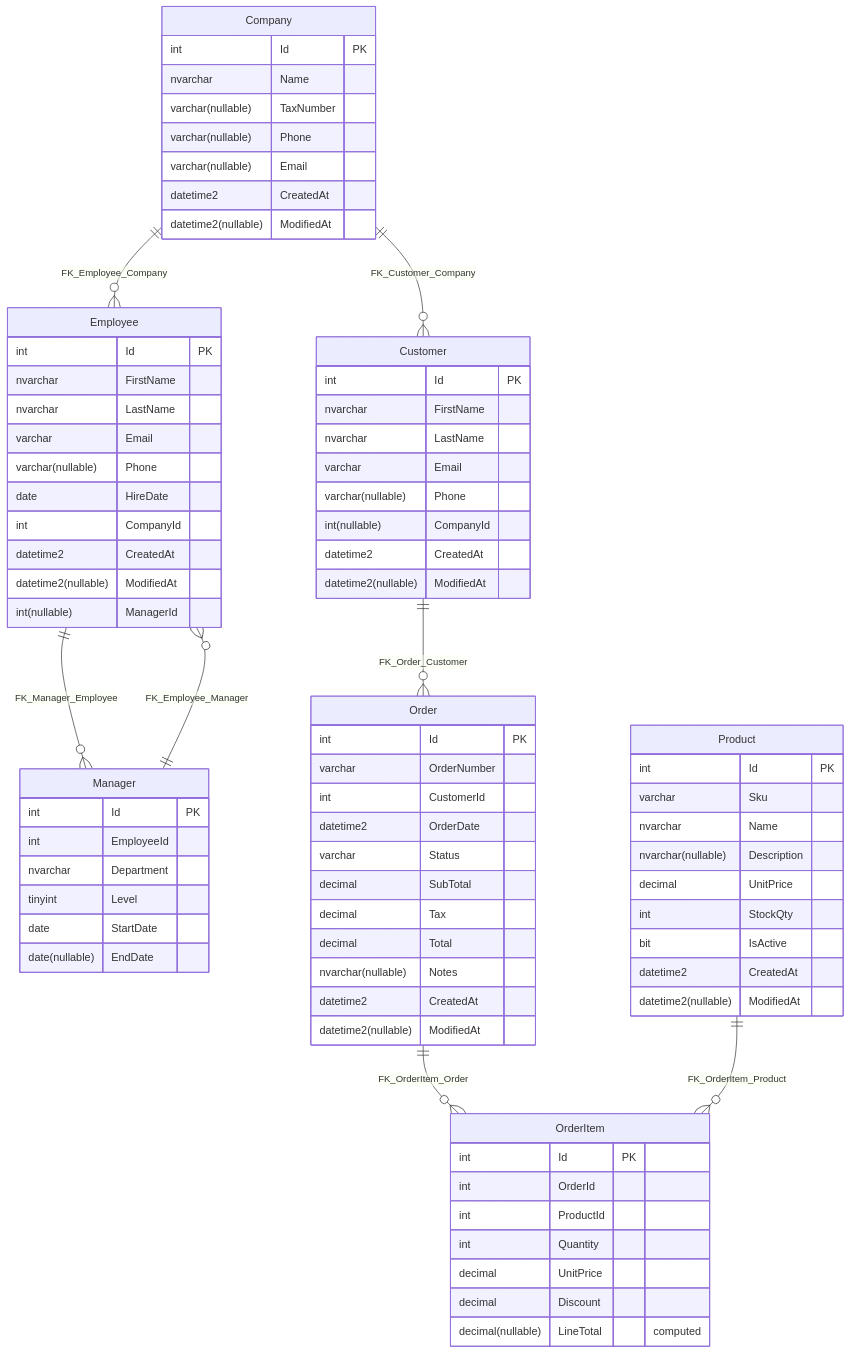
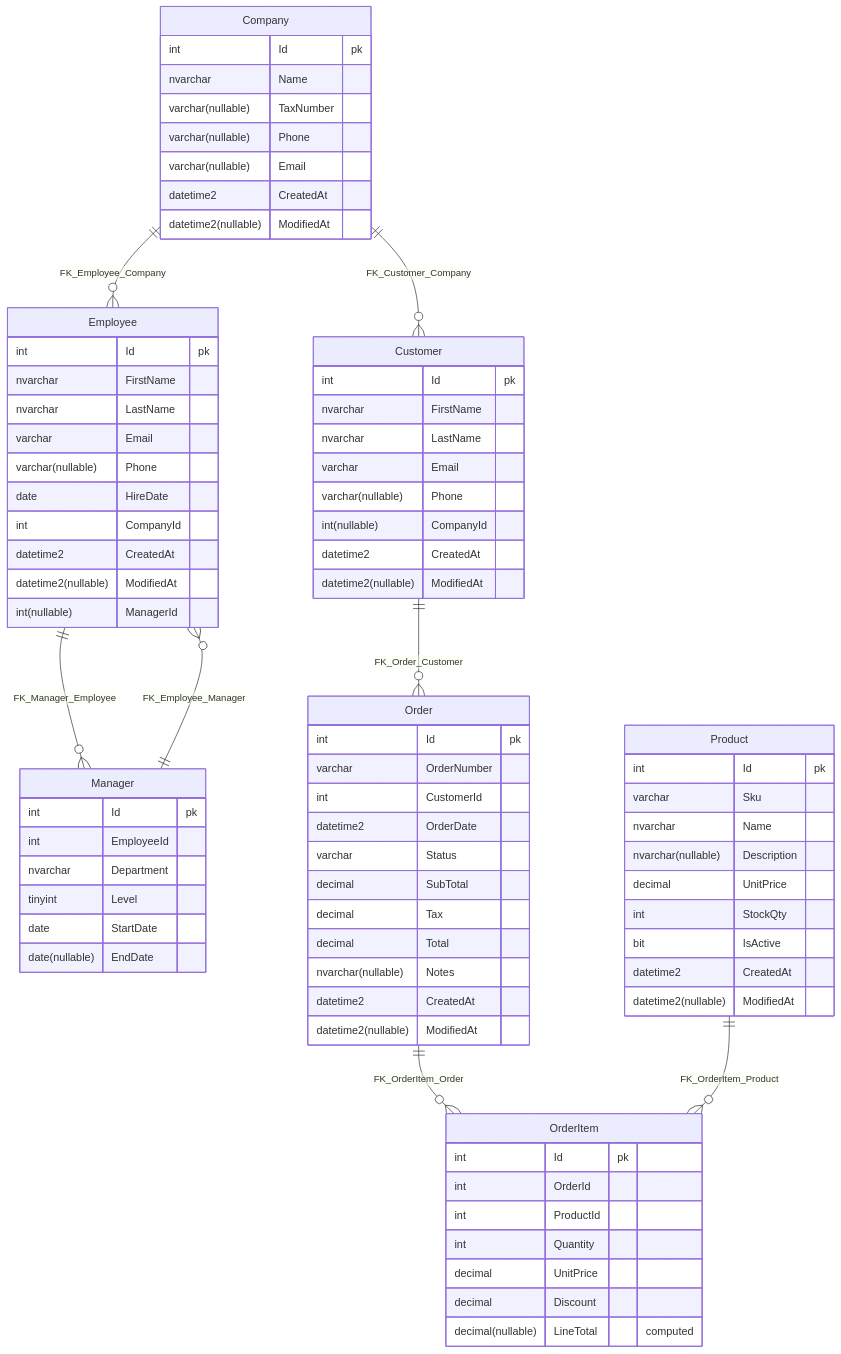
The diagram in src/SqlServerToMermaid.Tests/Tests.RenderMarkdown.verified.md (SimonCropp/DbToMermaid), drawn with Mermaid before and after one commit. The commit also changed 14 other files, not shown here.

````diff
--- a/src/SqlServerToMermaid.Tests/Tests.RenderMarkdown.verified.md
+++ b/src/SqlServerToMermaid.Tests/Tests.RenderMarkdown.verified.md
@@ -2,82 +2,82 @@
 ```mermaid
 erDiagram
   Company {
-    int Id PK
+    int Id pk
     nvarchar Name
     varchar(nullable) TaxNumber
     varchar(nullable) Phone
     varchar(nullable) Email
     datetime2 CreatedAt
     datetime2(nullable) ModifiedAt
   }
   Customer {
-    int Id PK
+    int Id pk
     nvarchar FirstName
     nvarchar LastName
     varchar Email
     varchar(nullable) Phone
     int(nullable) CompanyId
     datetime2 CreatedAt
     datetime2(nullable) ModifiedAt
   }
   Employee {
-    int Id PK
+    int Id pk
     nvarchar FirstName
     nvarchar LastName
     varchar Email
     varchar(nullable) Phone
     date HireDate
     int CompanyId
     datetime2 CreatedAt
     datetime2(nullable) ModifiedAt
     int(nullable) ManagerId
   }
   Manager {
-    int Id PK
+    int Id pk
     int EmployeeId
     nvarchar Department
     tinyint Level
     date StartDate
     date(nullable) EndDate
   }
   Order {
-    int Id PK
+    int Id pk
     varchar OrderNumber
     int CustomerId
     datetime2 OrderDate
     varchar Status
     decimal SubTotal
     decimal Tax
     decimal Total
     nvarchar(nullable) Notes
     datetime2 CreatedAt
     datetime2(nullable) ModifiedAt
   }
   OrderItem {
-    int Id PK
+    int Id pk
     int OrderId
     int ProductId
     int Quantity
     decimal UnitPrice
     decimal Discount
     decimal(nullable) LineTotal "computed"
   }
   Product {
-    int Id PK
+    int Id pk
     varchar Sku
     nvarchar Name
     nvarchar(nullable) Description
     decimal UnitPrice
     int StockQty
     bit IsActive
     datetime2 CreatedAt
     datetime2(nullable) ModifiedAt
   }
   Company ||--o{ Customer : "FK_Customer_Company"
   Company ||--o{ Employee : "FK_Employee_Company"
   Customer ||--o{ Order : "FK_Order_Customer"
   Employee ||--o{ Manager : "FK_Manager_Employee"
   Manager ||--o{ Employee : "FK_Employee_Manager"
   Order ||--o{ OrderItem : "FK_OrderItem_Order"
   Product ||--o{ OrderItem : "FK_OrderItem_Product"
 ```
````
